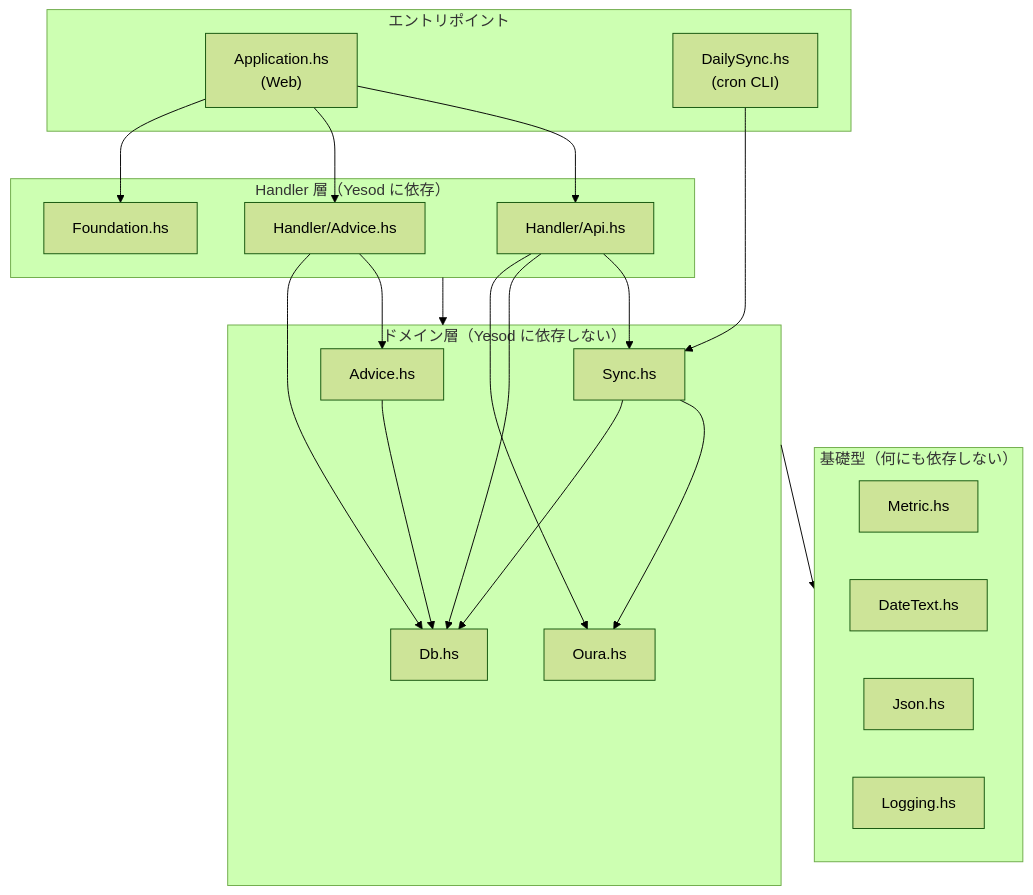
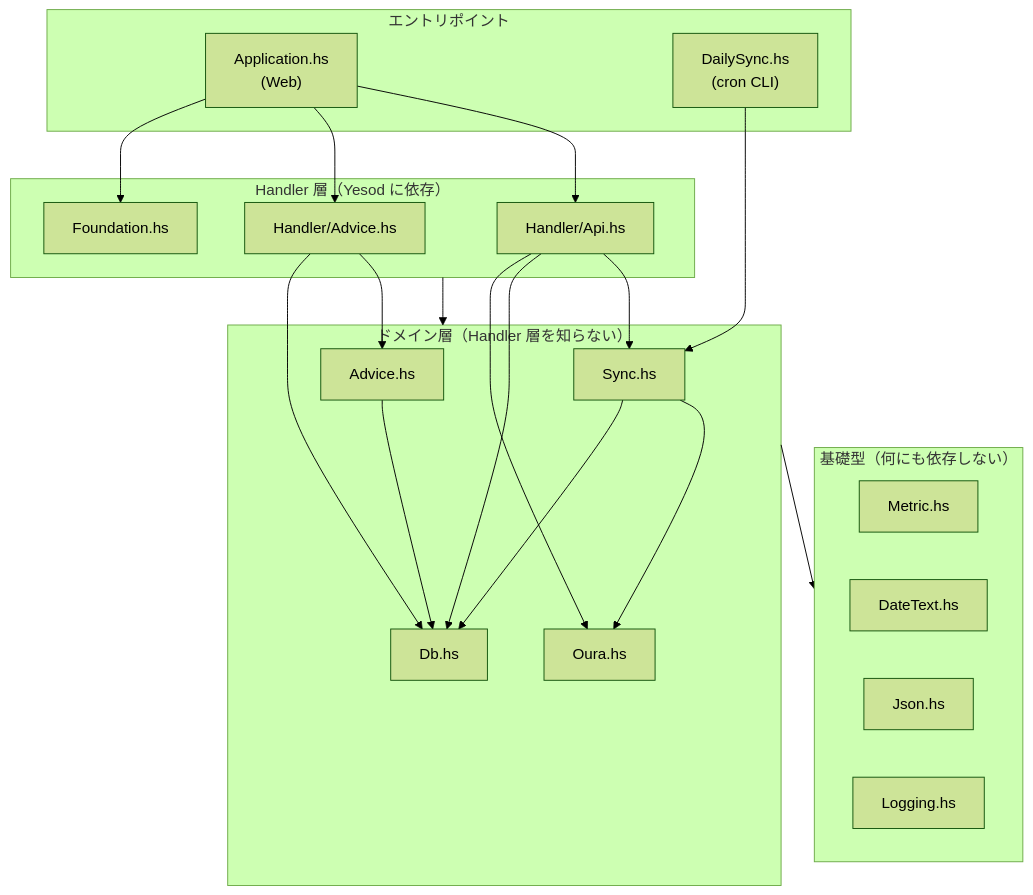
Before and after one commit to ikuya/oura-dashboard-hs: the diagram in textbook/01-reading-a-haskell-project.md, drawn with Mermaid (forest theme). The commit also changed other lines of this file and 15 other files, not shown here.

````diff
--- a/textbook/01-reading-a-haskell-project.md
+++ b/textbook/01-reading-a-haskell-project.md
@@ -33,33 +33,33 @@
 ```mermaid
 flowchart TB
     subgraph L4["エントリポイント"]
         App["Application.hs<br/>(Web)"]
         DS["DailySync.hs<br/>(cron CLI)"]
     end
     subgraph L3["Handler 層（Yesod に依存）"]
         HApi["Handler/Api.hs"]
         HAdv["Handler/Advice.hs"]
         Found["Foundation.hs"]
     end
-    subgraph L2["ドメイン層（Yesod に依存しない）"]
+    subgraph L2["ドメイン層（Handler 層を知らない）"]
         Sync["Sync.hs"]
         Advice["Advice.hs"]
         Db["Db.hs"]
         Oura["Oura.hs"]
     end
     subgraph L1["基礎型（何にも依存しない）"]
         Metric["Metric.hs"]
         DateText["DateText.hs"]
         Json["Json.hs"]
         Logging["Logging.hs"]
     end
 
     App --> HApi & HAdv & Found
     DS --> Sync
     HApi --> Sync & Db & Oura
     HAdv --> Advice & Db
     Sync --> Oura & Db
     Advice --> Db
     L2 --> L1
     L3 --> L2
 ```
````
